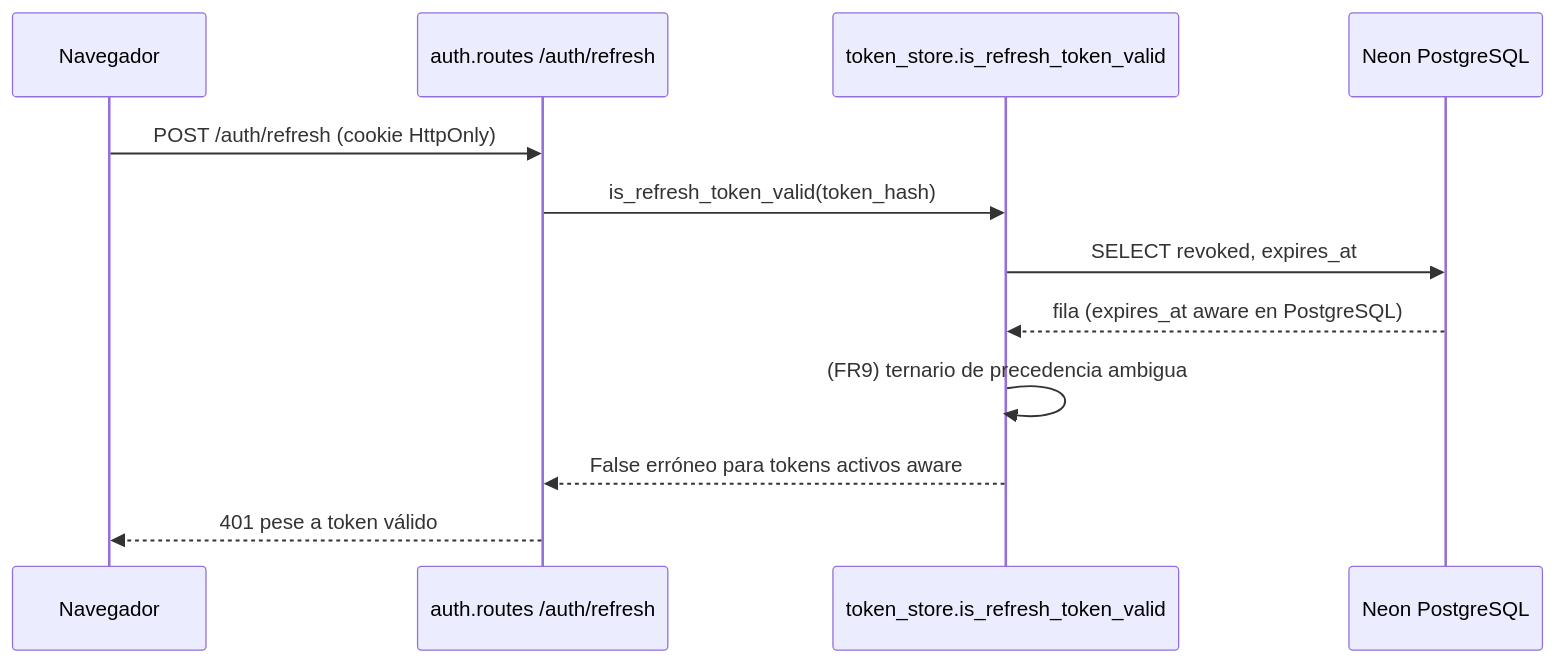
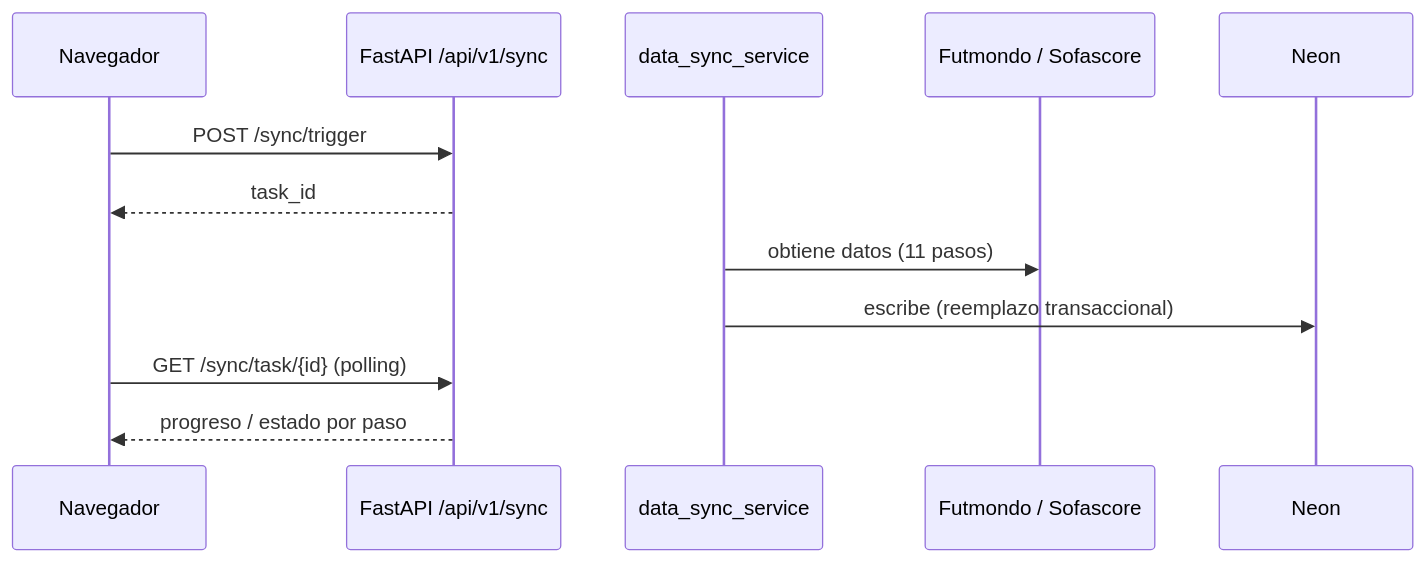
Before and after one commit to Mutinho/futmondo-analytics: the third of 3 diagrams in aidlc/spaces/default/codekb/futmondo-analytics/architecture.md, drawn with Mermaid. The commit also changed other lines of this file and 32 other files, not shown here.

````diff
--- a/aidlc/spaces/default/codekb/futmondo-analytics/architecture.md
+++ b/aidlc/spaces/default/codekb/futmondo-analytics/architecture.md
@@ -232,15 +77,14 @@
 ```mermaid
 sequenceDiagram
-    participant U as Navegador
-    participant R as auth.routes /auth/refresh
-    participant T as token_store.is_refresh_token_valid
-    participant DB as Neon PostgreSQL
-
-    U->>R: POST /auth/refresh (cookie HttpOnly)
-    R->>T: is_refresh_token_valid(token_hash)
-    T->>DB: SELECT revoked, expires_at
-    DB-->>T: fila (expires_at aware en PostgreSQL)
-    T->>T: (FR9) ternario de precedencia ambigua
-    T-->>R: False erróneo para tokens activos aware
-    R-->>U: 401 pese a token válido
+  participant U as Navegador
+  participant API as FastAPI /api/v1/sync
+  participant Svc as data_sync_service
+  participant Ext as Futmondo / Sofascore
+  participant DB as Neon
+  U->>API: POST /sync/trigger
+  API-->>U: task_id
+  Svc->>Ext: obtiene datos (11 pasos)
+  Svc->>DB: escribe (reemplazo transaccional)
+  U->>API: GET /sync/task/{id} (polling)
+  API-->>U: progreso / estado por paso
 ```
````
